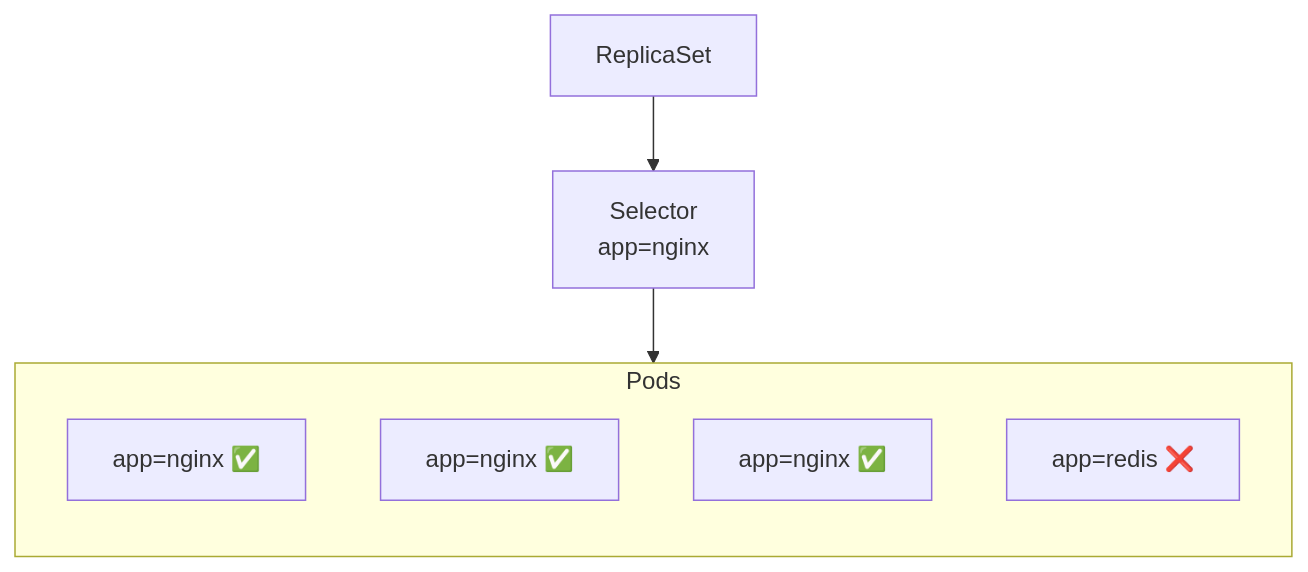
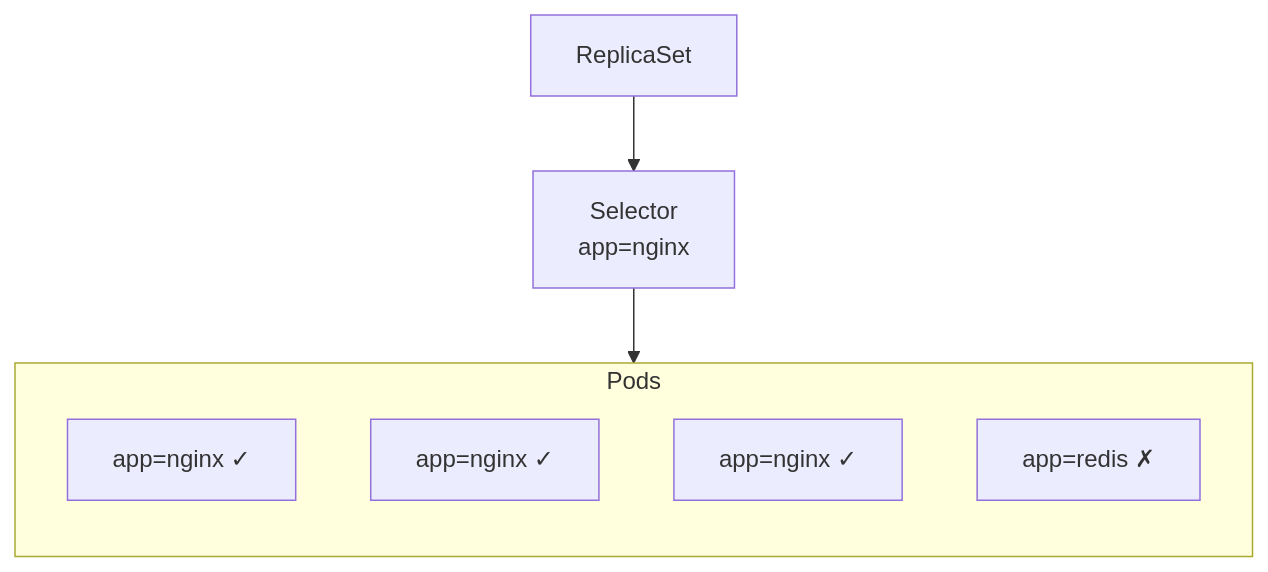
Before and after one commit to mustafammasoud/ops-handbook: diagram 17 of 43 in content/container-orchestration/kubernetes/replicaset-fundamentals.md, drawn with Mermaid. The commit also changed other lines of this file and 2 other files, not shown here.

````diff
--- a/content/container-orchestration/kubernetes/replicaset-fundamentals.md
+++ b/content/container-orchestration/kubernetes/replicaset-fundamentals.md
@@ -414,17 +414,17 @@
 ```mermaid
 flowchart TB
     R["ReplicaSet"]
     S["Selector<br/>app=nginx"]
 
     R --> S
 
     subgraph Pods["Pods"]
         direction TB
-        P1["app=nginx ✅"]
-        P2["app=nginx ✅"]
-        P3["app=nginx ✅"]
-        P4["app=redis ❌"]
+        P1["app=nginx ✓ "]
+        P2["app=nginx ✓ "]
+        P3["app=nginx ✓ "]
+        P4["app=redis ✗"]
     end
 
     S --> Pods
 ```
````
